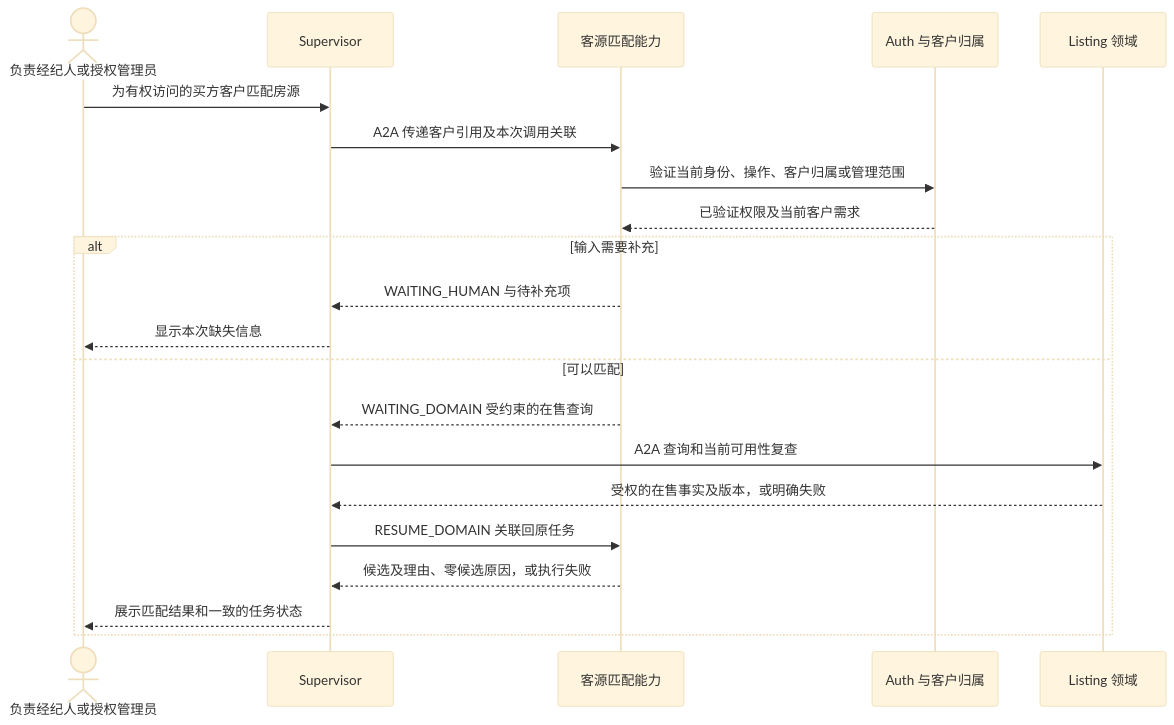
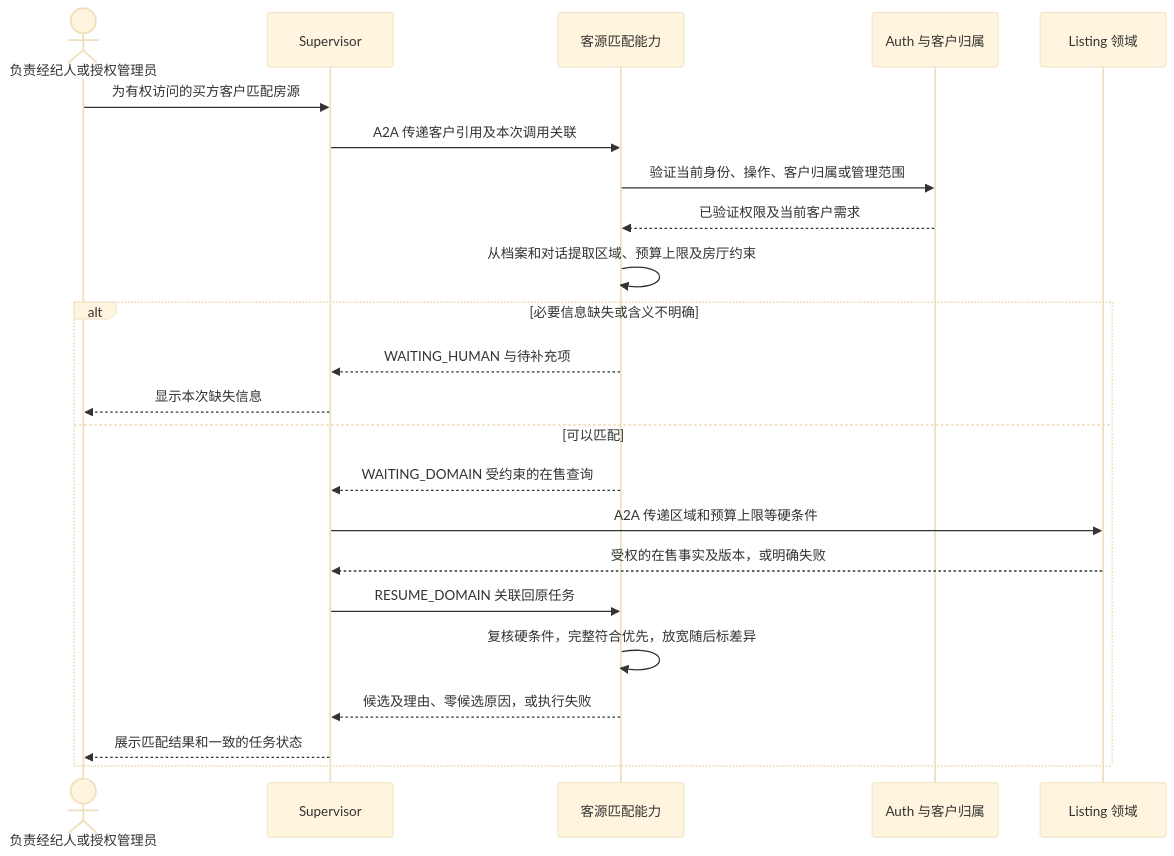
The diagram in openspec/changes/align-customer-matching-boundaries/design.md (crj-tik/BkAnentProject), drawn with Mermaid (base theme) before and after one commit. The commit also changed other lines of this file and 7 other files, not shown here.

````diff
--- a/openspec/changes/align-customer-matching-boundaries/design.md
+++ b/openspec/changes/align-customer-matching-boundaries/design.md
@@ -45,23 +60,25 @@
 ```mermaid
 sequenceDiagram
     actor B as 负责经纪人或授权管理员
     participant S as Supervisor
     participant C as 客源匹配能力
     participant A as Auth 与客户归属
     participant L as Listing 领域
     B->>S: 为有权访问的买方客户匹配房源
     S->>C: A2A 传递客户引用及本次调用关联
     C->>A: 验证当前身份、操作、客户归属或管理范围
     A-->>C: 已验证权限及当前客户需求
-    alt 输入需要补充
+    C->>C: 从档案和对话提取区域、预算上限及房厅约束
+    alt 必要信息缺失或含义不明确
         C-->>S: WAITING_HUMAN 与待补充项
         S-->>B: 显示本次缺失信息
     else 可以匹配
         C-->>S: WAITING_DOMAIN 受约束的在售查询
-        S->>L: A2A 查询和当前可用性复查
+        S->>L: A2A 传递区域和预算上限等硬条件
         L-->>S: 受权的在售事实及版本，或明确失败
         S->>C: RESUME_DOMAIN 关联回原任务
+        C->>C: 复核硬条件，完整符合优先，放宽随后标差异
         C-->>S: 候选及理由、零候选原因，或执行失败
         S-->>B: 展示匹配结果和一致的任务状态
     end
 ```
````
